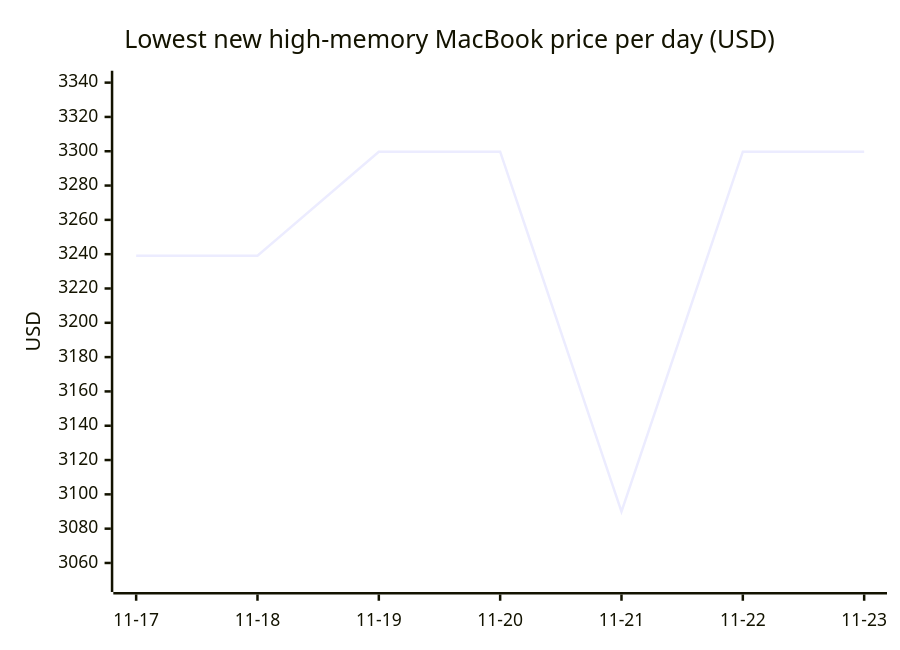
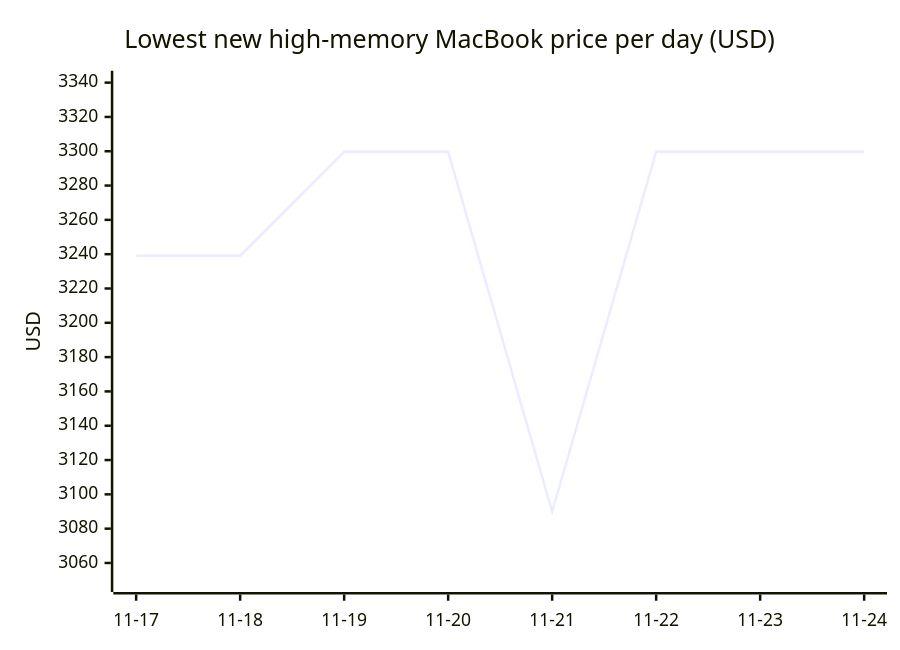
Diagram 17 of 18 in README.md (7324136828/4tb_ssd_price_watch), drawn with Mermaid before and after one commit. The commit also changed other lines of this file, not shown here.

````diff
--- a/README.md
+++ b/README.md
@@ -1517,7 +1604,7 @@
 ```mermaid
 xychart-beta
     title "Lowest new high-memory MacBook price per day (USD)"
-    x-axis ["11-17", "11-18", "11-19", "11-20", "11-21", "11-22", "11-23"]
+    x-axis ["11-17", "11-18", "11-19", "11-20", "11-21", "11-22", "11-23", "11-24"]
     y-axis "USD" 3050 --> 3340
-    line [3239.09, 3239.10, 3299.74, 3299.74, 3089.95, 3299.74, 3299.74]
+    line [3239.09, 3239.10, 3299.74, 3299.74, 3089.95, 3299.74, 3299.74, 3299.74]
 ```
````
